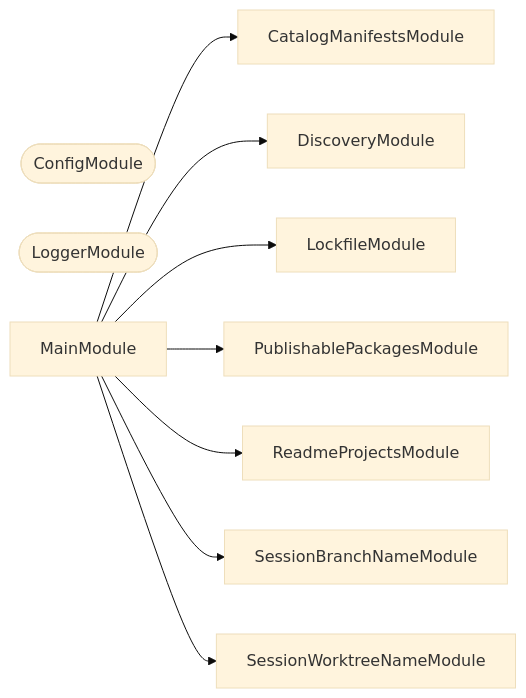
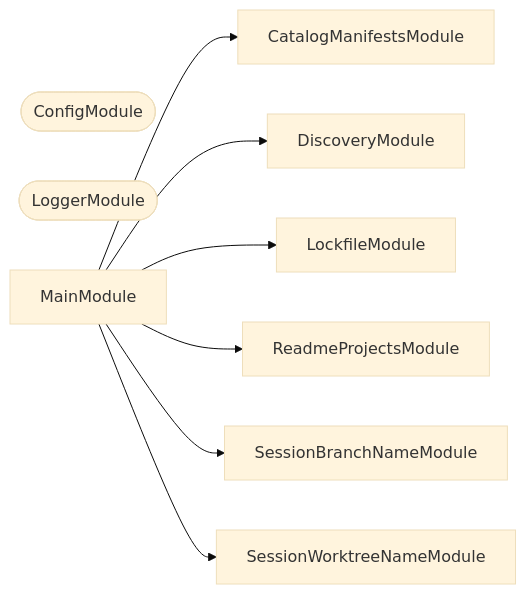
The second of 3 diagrams in validation/codependix.md (organizzolini/codebase), drawn with Mermaid (base theme) before and after one commit. The commit also changed other lines of this file and 56 other files, not shown here.

````diff
--- a/validation/codependix.md
+++ b/validation/codependix.md
@@ -23,20 +25,18 @@
 ```mermaid
 flowchart LR
   CatalogManifestsModule
   ConfigModule([ConfigModule])
   DiscoveryModule
   LockfileModule
   LoggerModule([LoggerModule])
   MainModule
-  PublishablePackagesModule
   ReadmeProjectsModule
   SessionBranchNameModule
   SessionWorktreeNameModule
   MainModule --> CatalogManifestsModule
   MainModule --> DiscoveryModule
   MainModule --> LockfileModule
-  MainModule --> PublishablePackagesModule
   MainModule --> ReadmeProjectsModule
   MainModule --> SessionBranchNameModule
   MainModule --> SessionWorktreeNameModule
 ```
````
